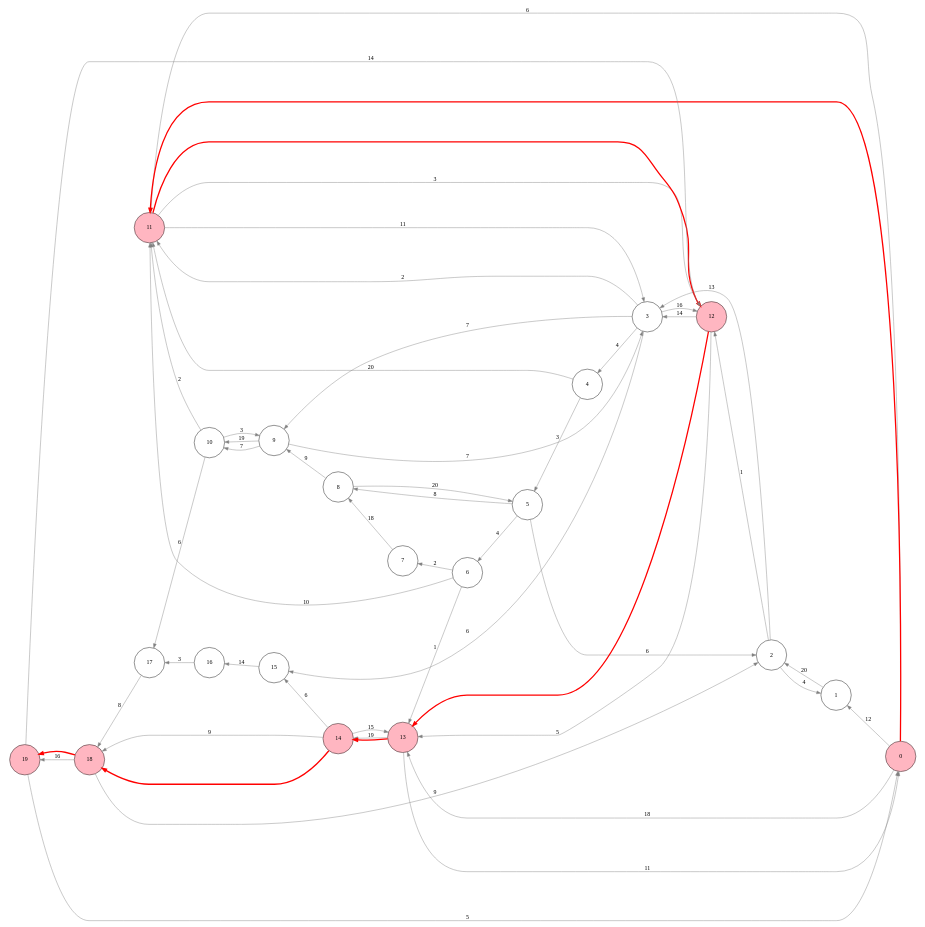
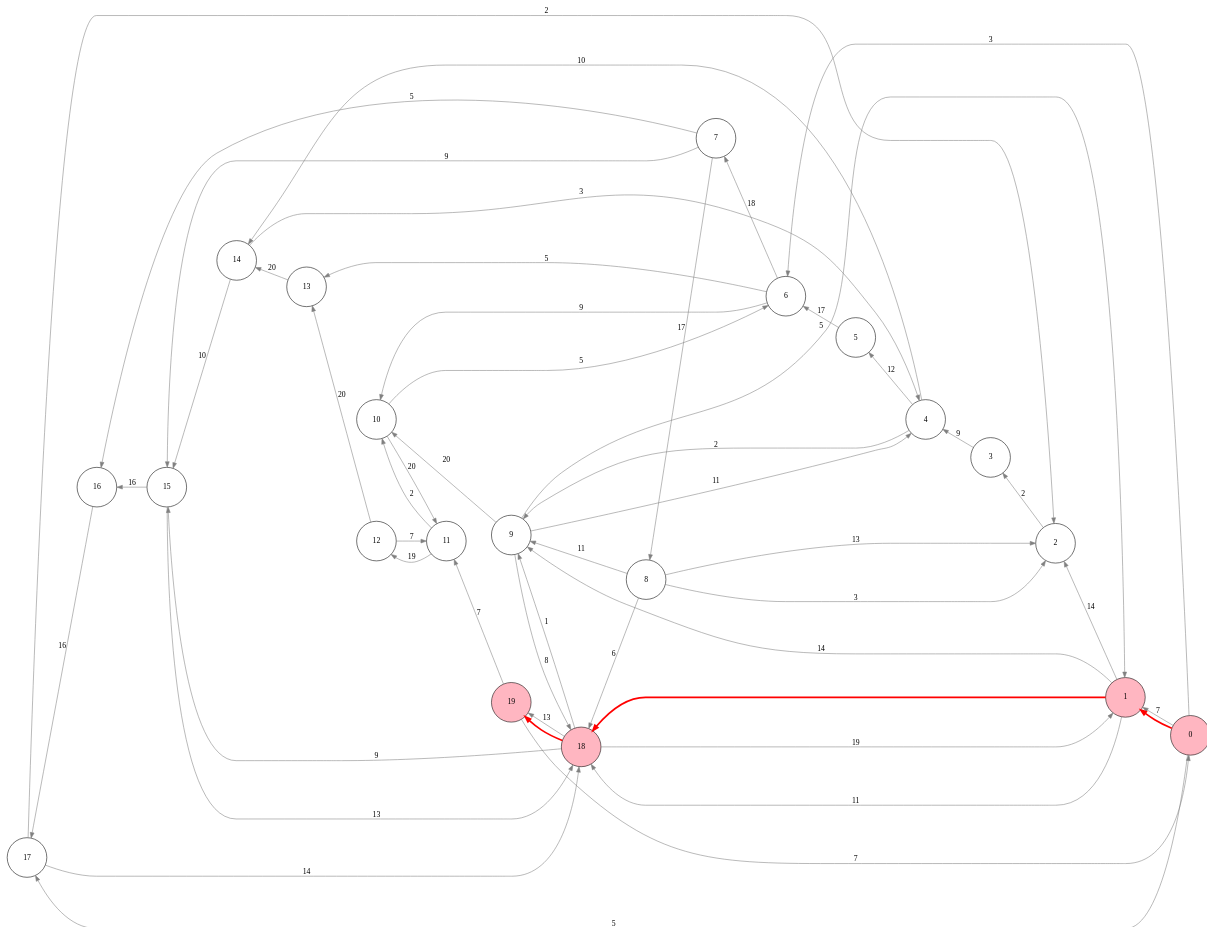
One commit to yigitbickici/GraphTheory changed the diagram in src/astar_graph.dot. Above: the diagram before and after it, drawn with Graphviz. The commit also changed 18 other files, not shown here.

```diff
--- a/src/astar_graph.dot
+++ b/src/astar_graph.dot
@@ -1,64 +1,59 @@
 digraph G {
     rankdir=RL;
     size="30,20";
     ratio=fill;
     node [shape=circle, fixedsize=true, width=1];
-    0 -> 1 [label="12", color=gray];
-    1 -> 2 [label="20", color=gray];
-    2 -> 3 [label="13", color=gray];
-    3 -> 4 [label="4", color=gray];
-    4 -> 5 [label="3", color=gray];
-    5 -> 6 [label="4", color=gray];
-    6 -> 7 [label="2", color=gray];
-    7 -> 8 [label="18", color=gray];
-    8 -> 9 [label="9", color=gray];
-    9 -> 10 [label="19", color=gray];
-    10 -> 11 [label="2", color=gray];
-    11 -> 12 [label="3", color=gray];
-    12 -> 13 [label="5", color=gray];
-    13 -> 14 [label="19", color=gray];
-    14 -> 15 [label="6", color=gray];
-    15 -> 16 [label="14", color=gray];
-    16 -> 17 [label="3", color=gray];
-    17 -> 18 [label="8", color=gray];
-    18 -> 19 [label="16", color=gray];
-    19 -> 0 [label="5", color=gray];
-    13 -> 0 [label="11", color=gray];
-    0 -> 13 [label="18", color=gray];
-    14 -> 13 [label="15", color=gray];
-    11 -> 3 [label="11", color=gray];
-    3 -> 11 [label="2", color=gray];
-    9 -> 3 [label="7", color=gray];
-    3 -> 9 [label="7", color=gray];
-    10 -> 9 [label="3", color=gray];
-    9 -> 10 [label="7", color=gray];
-    19 -> 12 [label="14", color=gray];
-    4 -> 11 [label="20", color=gray];
-    12 -> 3 [label="14", color=gray];
-    3 -> 12 [label="16", color=gray];
-    8 -> 5 [label="20", color=gray];
-    5 -> 8 [label="8", color=gray];
-    5 -> 2 [label="6", color=gray];
-    10 -> 17 [label="6", color=gray];
-    2 -> 1 [label="4", color=gray];
-    3 -> 15 [label="6", color=gray];
-    2 -> 12 [label="1", color=gray];
-    6 -> 13 [label="1", color=gray];
-    14 -> 18 [label="9", color=gray];
-    0 -> 11 [label="6", color=gray];
-    6 -> 11 [label="10", color=gray];
-    18 -> 2 [label="9", color=gray];
+    0 -> 1 [label="7", color=gray];
+    1 -> 2 [label="14", color=gray];
+    2 -> 3 [label="2", color=gray];
+    3 -> 4 [label="9", color=gray];
+    4 -> 5 [label="12", color=gray];
+    5 -> 6 [label="17", color=gray];
+    6 -> 7 [label="18", color=gray];
+    7 -> 8 [label="17", color=gray];
+    8 -> 9 [label="11", color=gray];
+    9 -> 10 [label="20", color=gray];
+    10 -> 11 [label="20", color=gray];
+    11 -> 12 [label="19", color=gray];
+    12 -> 13 [label="20", color=gray];
+    13 -> 14 [label="20", color=gray];
+    14 -> 15 [label="10", color=gray];
+    15 -> 16 [label="16", color=gray];
+    16 -> 17 [label="16", color=gray];
+    17 -> 18 [label="14", color=gray];
+    18 -> 19 [label="13", color=gray];
+    19 -> 0 [label="7", color=gray];
+    8 -> 2 [label="13", color=gray];
+    15 -> 18 [label="13", color=gray];
+    18 -> 15 [label="9", color=gray];
+    18 -> 9 [label="1", color=gray];
+    9 -> 18 [label="8", color=gray];
+    11 -> 10 [label="2", color=gray];
+    14 -> 4 [label="3", color=gray];
+    4 -> 14 [label="10", color=gray];
+    1 -> 18 [label="11", color=gray];
+    18 -> 1 [label="19", color=gray];
+    6 -> 10 [label="9", color=gray];
+    10 -> 6 [label="5", color=gray];
+    9 -> 1 [label="5", color=gray];
+    1 -> 9 [label="14", color=gray];
+    4 -> 9 [label="2", color=gray];
+    9 -> 4 [label="11", color=gray];
+    12 -> 11 [label="7", color=gray];
+    8 -> 18 [label="6", color=gray];
+    19 -> 11 [label="7", color=gray];
+    0 -> 17 [label="5", color=gray];
+    0 -> 6 [label="3", color=gray];
+    6 -> 13 [label="5", color=gray];
+    17 -> 2 [label="2", color=gray];
+    7 -> 15 [label="9", color=gray];
+    7 -> 16 [label="5", color=gray];
+    8 -> 2 [label="3", color=gray];
     0 [style=filled, fillcolor=lightpink];
-    11 [style=filled, fillcolor=lightpink];
-    12 [style=filled, fillcolor=lightpink];
-    13 [style=filled, fillcolor=lightpink];
-    14 [style=filled, fillcolor=lightpink];
+    1 [style=filled, fillcolor=lightpink];
     18 [style=filled, fillcolor=lightpink];
     19 [style=filled, fillcolor=lightpink];
-    0 -> 11 [color=red, penwidth=3.0];
-    11 -> 12 [color=red, penwidth=3.0];
-    12 -> 13 [color=red, penwidth=3.0];
-    13 -> 14 [color=red, penwidth=3.0];
-    14 -> 18 [color=red, penwidth=3.0];
+    0 -> 1 [color=red, penwidth=3.0];
+    1 -> 18 [color=red, penwidth=3.0];
     18 -> 19 [color=red, penwidth=3.0];
 }
```
